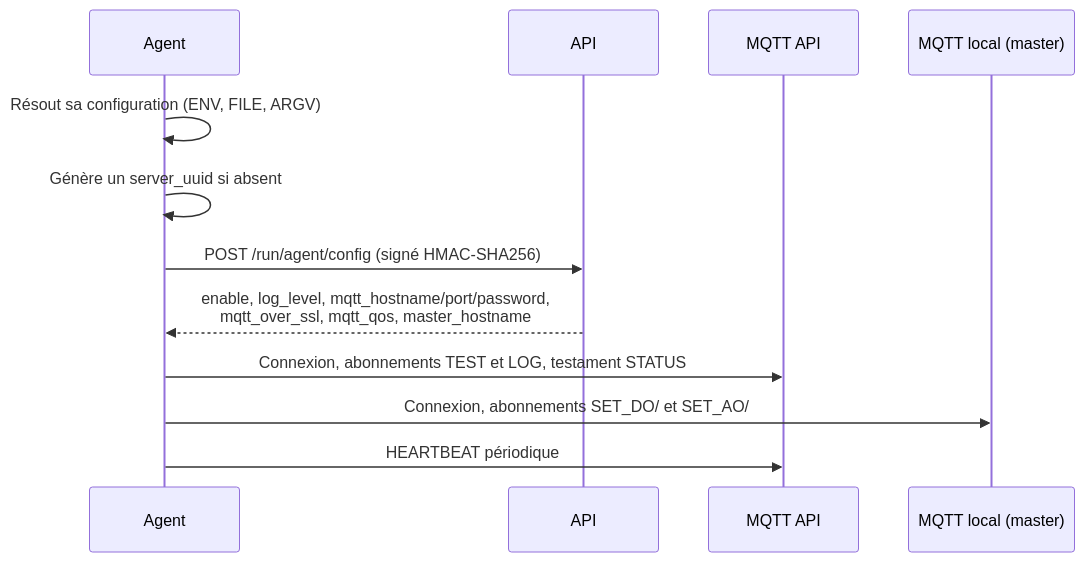
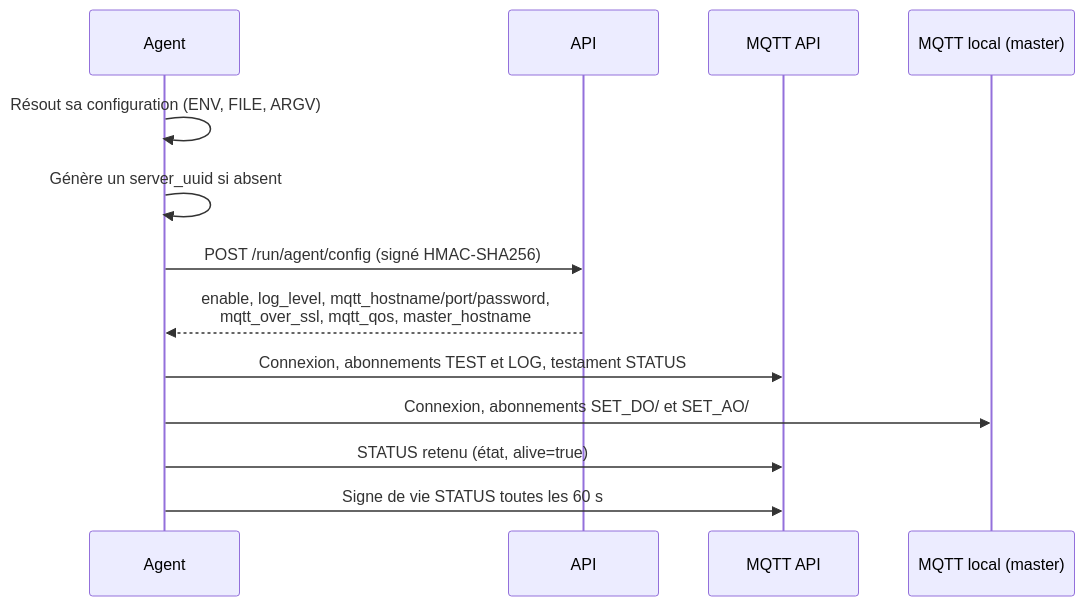
The diagram in src/admin/agents/enrolement.md (sebaru/abls-habitat-docs), drawn with Mermaid before and after one commit. The commit also changed other lines of this file and 4 other files, not shown here.

Commit message:
fix: update documentation to reflect changes in agent status reporting and heartbeat mechanism

````diff
--- a/src/admin/agents/enrolement.md
+++ b/src/admin/agents/enrolement.md
@@ -79,15 +79,16 @@
 ```mermaid
 sequenceDiagram
     participant A as Agent
     participant API as API
     participant MA as MQTT API
     participant ML as MQTT local (master)
 
     A->>A: Résout sa configuration (ENV, FILE, ARGV)
     A->>A: Génère un server_uuid si absent
     A->>API: POST /run/agent/config (signé HMAC-SHA256)
     API-->>A: enable, log_level, mqtt_hostname/port/password,<br/>mqtt_over_ssl, mqtt_qos, master_hostname
     A->>MA: Connexion, abonnements TEST et LOG, testament STATUS
     A->>ML: Connexion, abonnements SET_DO/ et SET_AO/
-    A->>MA: HEARTBEAT périodique
+    A->>MA: STATUS retenu (état, alive=true)
+    A->>MA: Signe de vie STATUS toutes les 60 s
 ```
````
